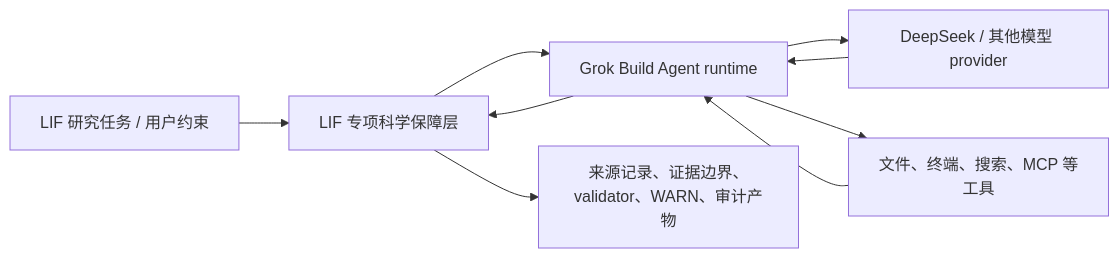
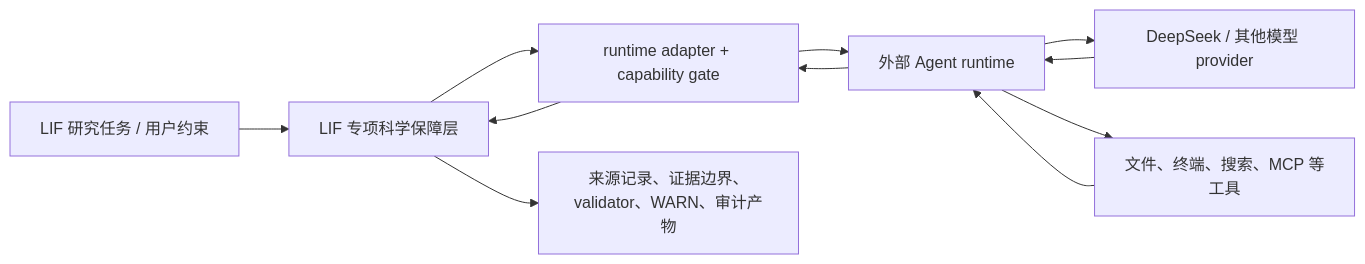
The diagram in architecture/PRODUCT_POSITIONING_AND_REFERENCE_STRATEGY_v0.1.md (SilverWhite/orz), drawn with Mermaid before and after one commit. The commit also changed other lines of this file and 90 other files, not shown here.

````diff
--- a/architecture/PRODUCT_POSITIONING_AND_REFERENCE_STRATEGY_v0.1.md
+++ b/architecture/PRODUCT_POSITIONING_AND_REFERENCE_STRATEGY_v0.1.md
@@ -26,11 +26,13 @@
 ```mermaid
 flowchart LR
     U["LIF 研究任务 / 用户约束"] --> S["LIF 专项科学保障层"]
-    S --> G["Grok Build Agent runtime"]
+    S --> A["runtime adapter + capability gate"]
+    A --> G["外部 Agent runtime"]
     G --> P["DeepSeek / 其他模型 provider"]
     G --> T["文件、终端、搜索、MCP 等工具"]
     P --> G
     T --> G
-    G --> S
+    G --> A
+    A --> S
     S --> O["来源记录、证据边界、validator、WARN、审计产物"]
 ```
````
